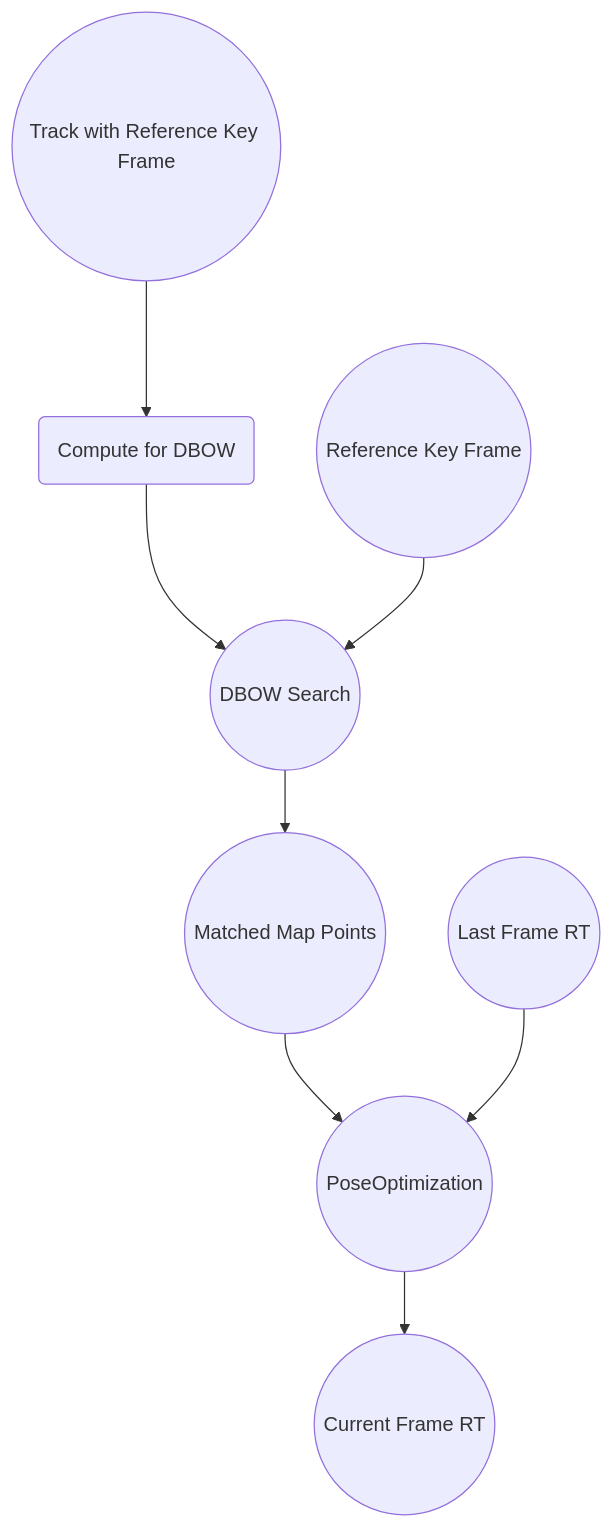
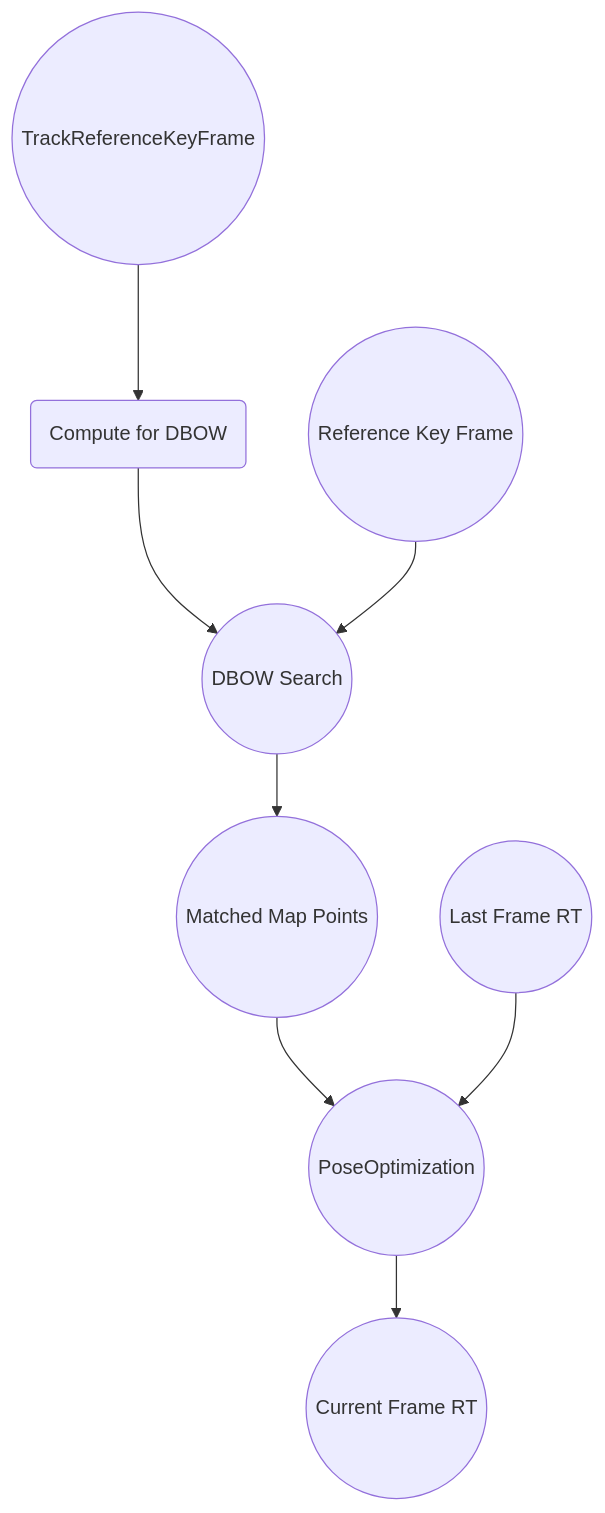
Before and after one commit to huang-yuefeng/3DComputerVision: the sixth of 9 diagrams in Track.md, drawn with Mermaid. The commit also changed other lines of this file, not shown here.

````diff
--- a/Track.md
+++ b/Track.md
@@ -153,10 +153,10 @@
 ```mermaid
       graph TD
-			TrackReferenceKeyFrame((Track with Reference Key Frame)) --> ComputeBow(Compute for DBOW)
+			TrackReferenceKeyFrame((TrackReferenceKeyFrame)) --> ComputeBow(Compute for DBOW)
 			ComputeBow --> DBOW
 			DBOW((DBOW Search)) --> MatchedMapPoints((Matched Map Points))
 			RefKeyFrame((Reference Key Frame)) --> DBOW
 			MatchedMapPoints --> PoseOptimization((PoseOptimization))
 			LastRT((Last Frame RT)) --> PoseOptimization
 			PoseOptimization --> CurrentRT((Current Frame RT))
 ```
````
